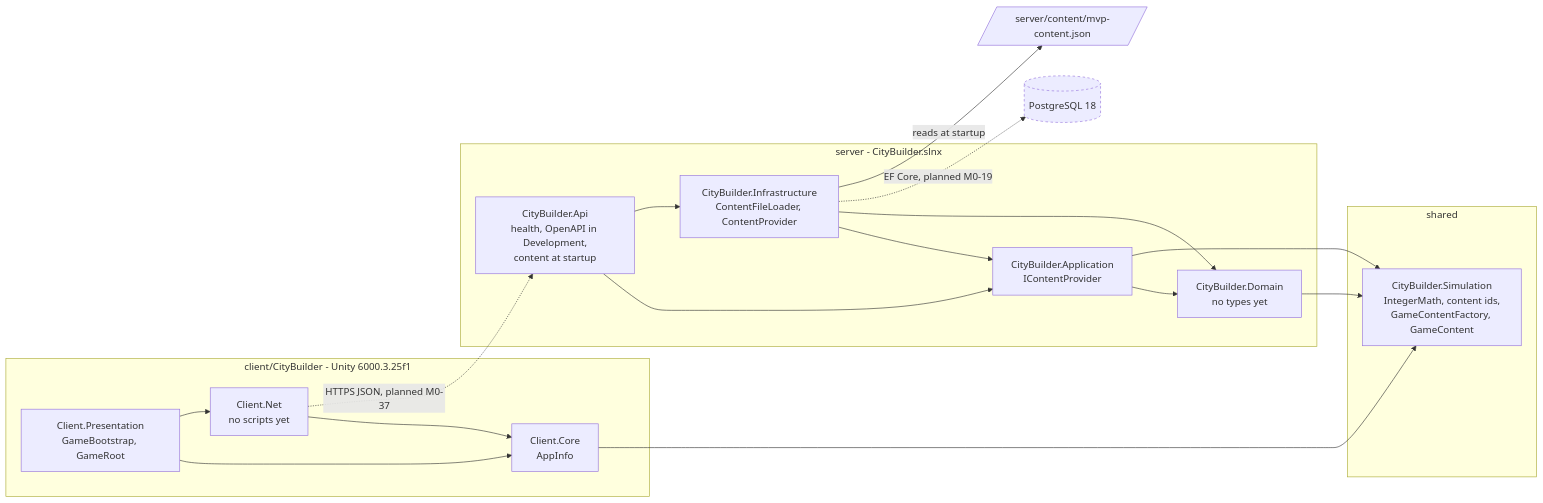
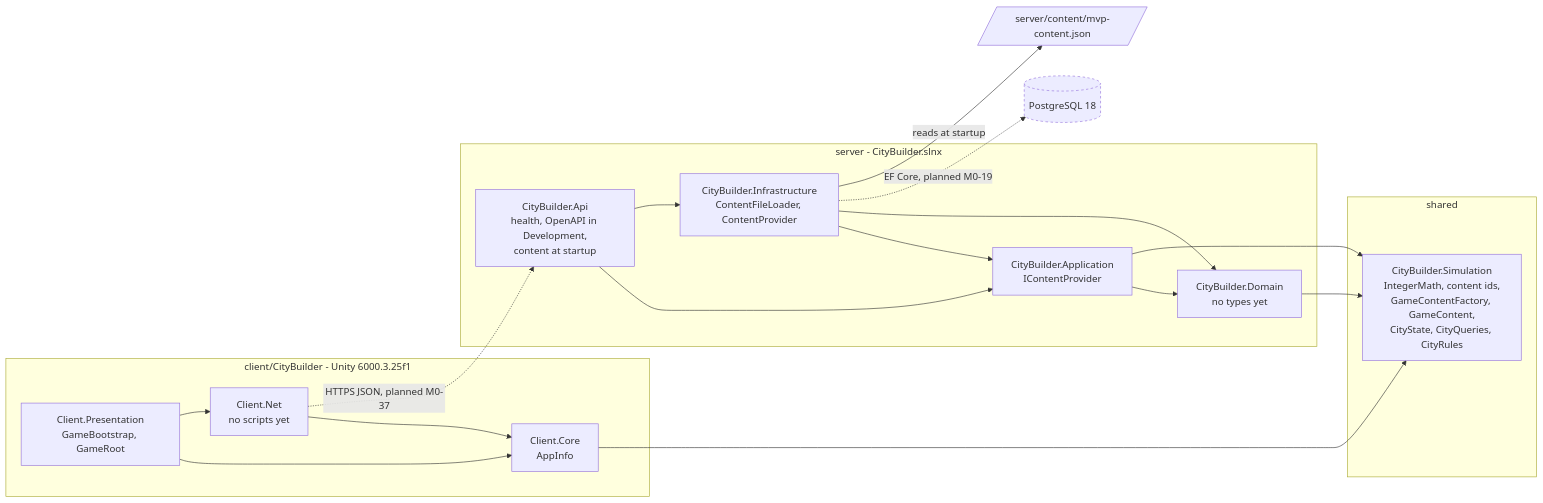
One commit to Samurai-netizen/citybuild changed the diagram in docs/architecture/overview.md. Above: the diagram before and after it, drawn with Mermaid. The commit also changed other lines of this file and 50 other files, not shown here.

````diff
--- a/docs/architecture/overview.md
+++ b/docs/architecture/overview.md
@@ -13,35 +14,35 @@
 ```mermaid
 flowchart LR
   subgraph clientside["client/CityBuilder - Unity 6000.3.25f1"]
     PRES["Client.Presentation<br/>GameBootstrap, GameRoot"]
     NET["Client.Net<br/>no scripts yet"]
     CORE["Client.Core<br/>AppInfo"]
   end
   subgraph sharedside["shared"]
-    SIM["CityBuilder.Simulation<br/>IntegerMath, content ids,<br/>GameContentFactory, GameContent"]
+    SIM["CityBuilder.Simulation<br/>IntegerMath, content ids,<br/>GameContentFactory, GameContent,<br/>CityState, CityQueries, CityRules"]
   end
   subgraph serverside["server - CityBuilder.slnx"]
     API["CityBuilder.Api<br/>health, OpenAPI in Development,<br/>content at startup"]
     INF["CityBuilder.Infrastructure<br/>ContentFileLoader, ContentProvider"]
     APP["CityBuilder.Application<br/>IContentProvider"]
     DOM["CityBuilder.Domain<br/>no types yet"]
   end
   DB[("PostgreSQL 18")]
   FILE[/"server/content/mvp-content.json"/]
   PRES --> CORE
   PRES --> NET
   NET --> CORE
   CORE --> SIM
   API --> APP
   API --> INF
   INF --> APP
   INF --> DOM
   APP --> DOM
   APP --> SIM
   DOM --> SIM
   NET -.->|"HTTPS JSON, planned M0-37"| API
   INF -.->|"EF Core, planned M0-19"| DB
   INF -->|"reads at startup"| FILE
   classDef planned stroke-dasharray: 4 4
   class DB planned
 ```
````
